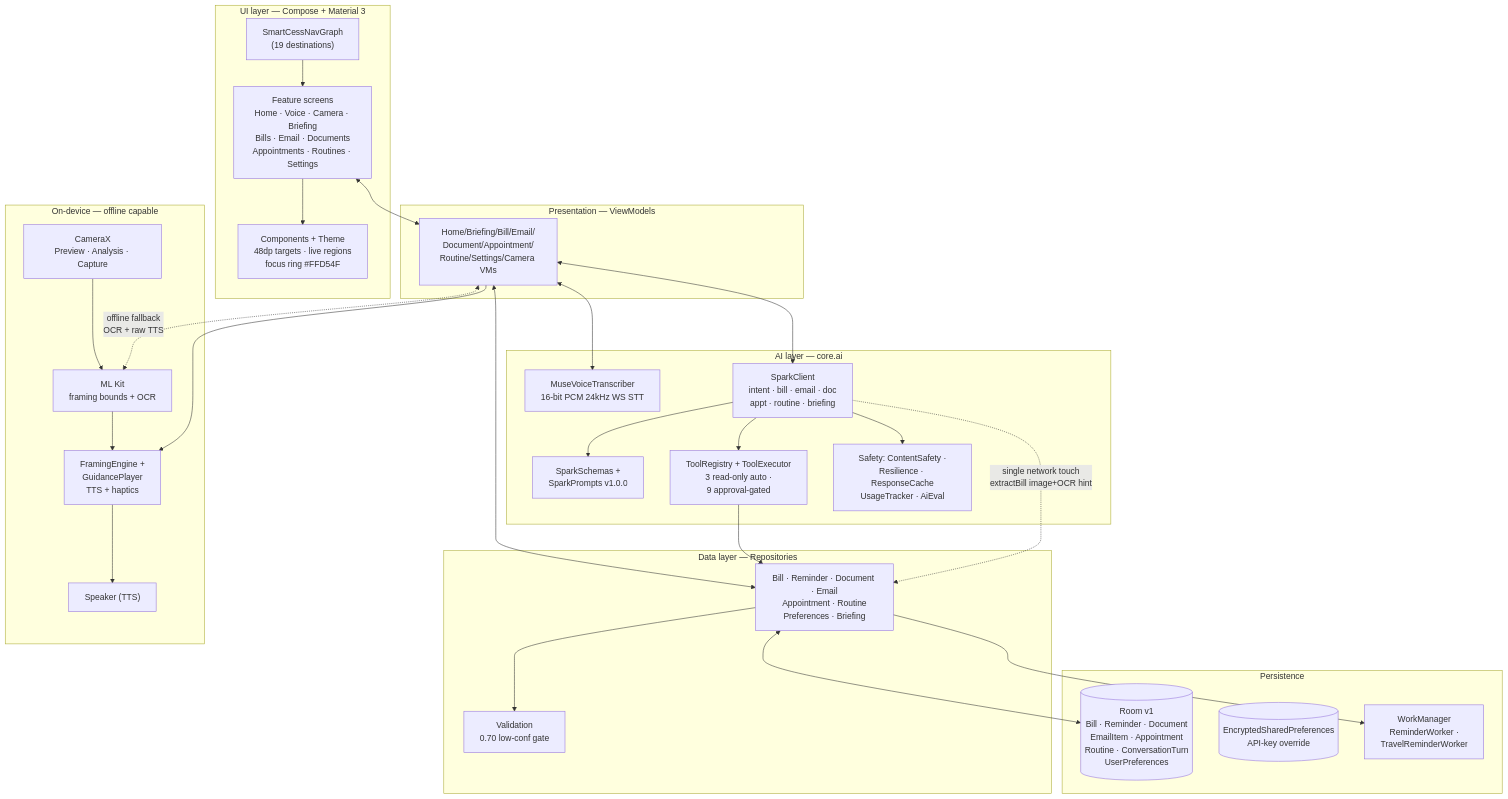
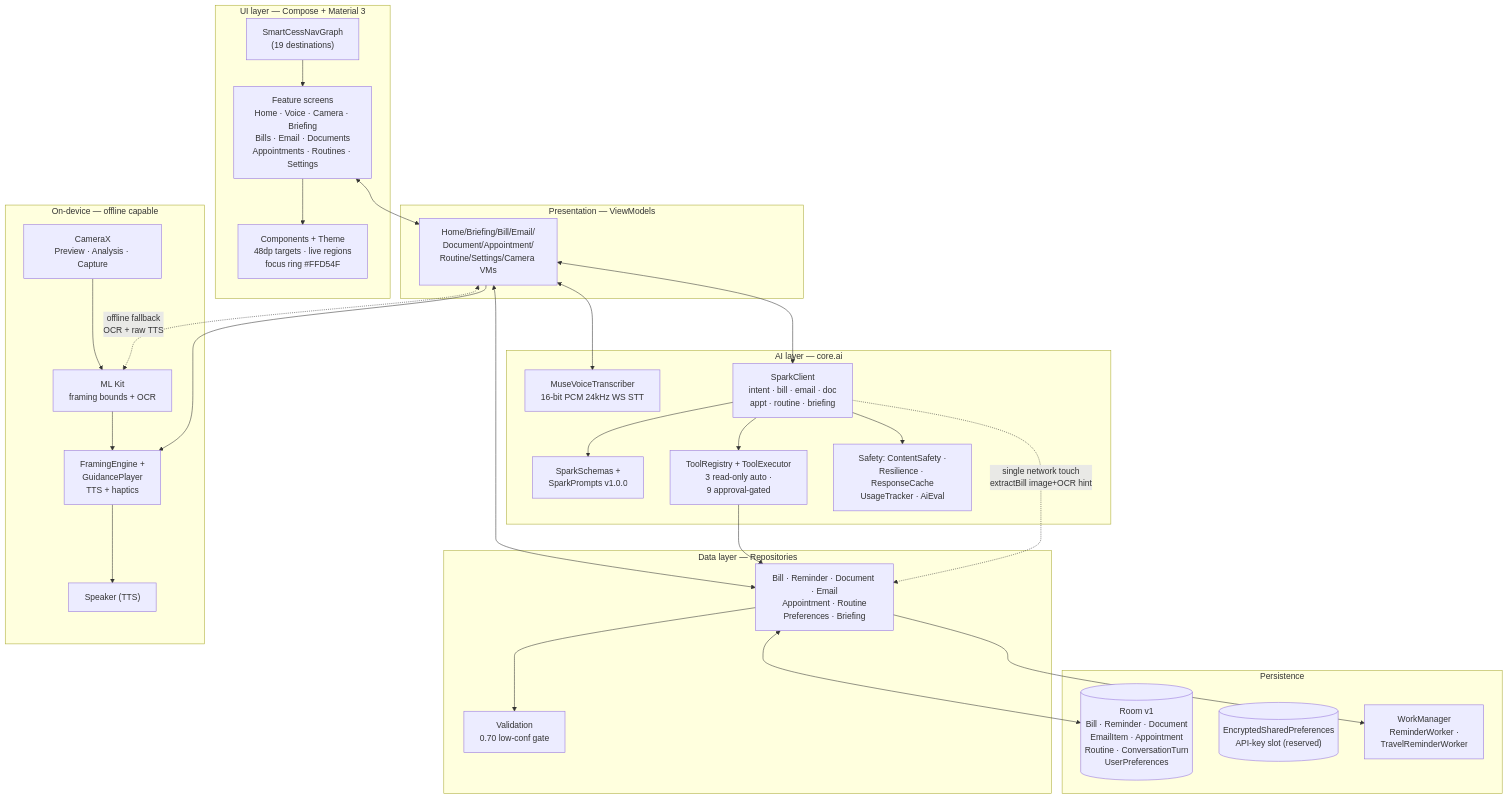
The diagram in ARCHITECTURE.md (mauricealam/SmartCess), drawn with Mermaid before and after one commit. The commit also changed other lines of this file and 46 other files, not shown here.

````diff
--- a/ARCHITECTURE.md
+++ b/ARCHITECTURE.md
@@ -10,58 +10,58 @@
 ```mermaid
 flowchart TB
     subgraph UI["UI layer — Compose + Material 3"]
         NAV["SmartCessNavGraph<br/>(19 destinations)"]
         SCR["Feature screens<br/>Home · Voice · Camera · Briefing<br/>Bills · Email · Documents<br/>Appointments · Routines · Settings"]
         CMP["Components + Theme<br/>48dp targets · live regions<br/>focus ring #FFD54F"]
         SCR --> CMP
         NAV --> SCR
     end
 
     subgraph VM["Presentation — ViewModels"]
         HVM["Home/Briefing/Bill/Email/<br/>Document/Appointment/<br/>Routine/Settings/Camera VMs"]
     end
 
     subgraph DATA["Data layer — Repositories"]
         REPO["Bill · Reminder · Document · Email<br/>Appointment · Routine<br/>Preferences · Briefing"]
         VAL["Validation<br/>0.70 low-conf gate"]
         REPO --> VAL
     end
 
     subgraph AI["AI layer — core.ai"]
         STT["MuseVoiceTranscriber<br/>16-bit PCM 24kHz WS STT"]
         SPK["SparkClient<br/>intent · bill · email · doc<br/>appt · routine · briefing"]
         SCH["SparkSchemas +<br/>SparkPrompts v1.0.0"]
         TLS["ToolRegistry + ToolExecutor<br/>3 read-only auto ·<br/>9 approval-gated"]
         SFE["Safety: ContentSafety ·<br/>Resilience · ResponseCache<br/>UsageTracker · AiEval"]
         SPK --> SCH
         SPK --> TLS
         SPK --> SFE
     end
 
     subgraph DEV["On-device — offline capable"]
         MLK["ML Kit<br/>framing bounds + OCR"]
         FRM["FramingEngine +<br/>GuidancePlayer<br/>TTS + haptics"]
         CAM["CameraX<br/>Preview · Analysis · Capture"]
         SPKR["Speaker (TTS)"]
         CAM --> MLK
         MLK --> FRM
         FRM --> SPKR
     end
 
     subgraph STORE["Persistence"]
         ROOM[("Room v1<br/>Bill · Reminder · Document<br/>EmailItem · Appointment<br/>Routine · ConversationTurn<br/>UserPreferences")]
-        PREFS[("EncryptedSharedPreferences<br/>API-key override")]
+        PREFS[("EncryptedSharedPreferences<br/>API-key slot (reserved)")]
         WORK["WorkManager<br/>ReminderWorker ·<br/>TravelReminderWorker"]
     end
 
     SCR <--> HVM
     HVM <--> REPO
     HVM <--> SPK
     HVM <--> STT
     HVM --> FRM
     REPO <--> ROOM
     REPO --> WORK
     TLS --> REPO
     SPK -.->|single network touch<br/>extractBill image+OCR hint| REPO
     HVM <-.->|offline fallback<br/>OCR + raw TTS| MLK
 ```
````
